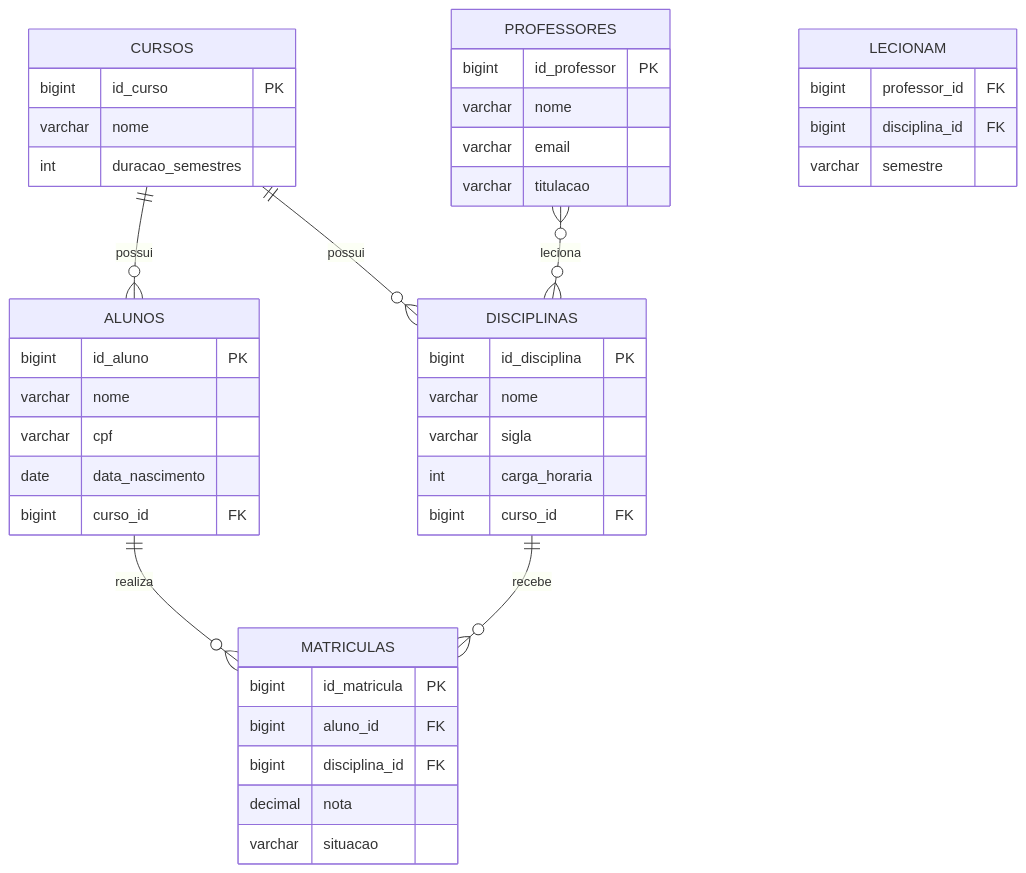
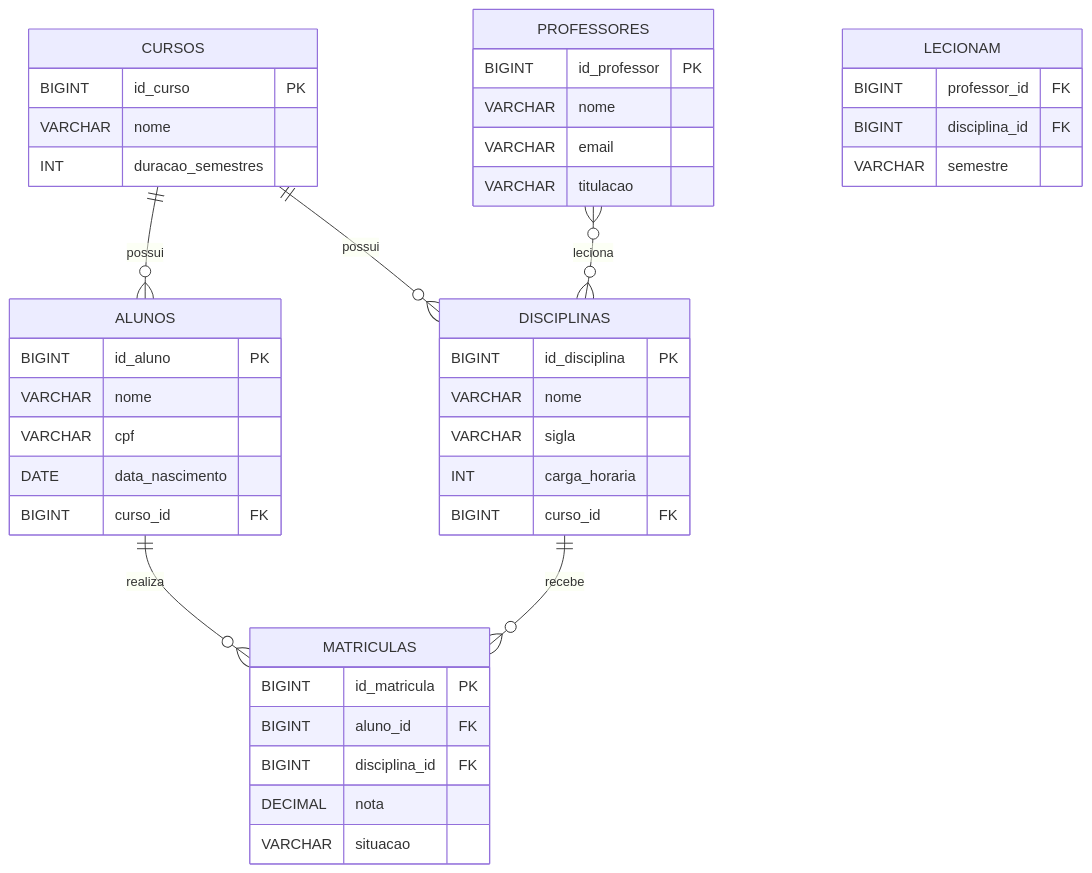
One commit to DSM-Fatec-Jahu/BDR-DSM-2026-2 changed the fifth of 20 diagrams in docs/aulas/Aula_01_Revisao_Modelagem_Conceitual.md. Above: the diagram before and after it, drawn with Mermaid. The commit also changed other lines of this file and 2 other files, not shown here.

First line of the commit message:
Padroniza tipos SQL em MAIÚSCULAS nos diagramas (Regra 3)

````diff
--- a/docs/aulas/Aula_01_Revisao_Modelagem_Conceitual.md
+++ b/docs/aulas/Aula_01_Revisao_Modelagem_Conceitual.md
@@ -249,51 +249,51 @@
 ```mermaid
 erDiagram
     CURSOS {
-        bigint id_curso PK
-        varchar nome
-        int duracao_semestres
+        BIGINT id_curso PK
+        VARCHAR nome
+        INT duracao_semestres
     }
 
     DISCIPLINAS {
-        bigint id_disciplina PK
-        varchar nome
-        varchar sigla
-        int carga_horaria
-        bigint curso_id FK
+        BIGINT id_disciplina PK
+        VARCHAR nome
+        VARCHAR sigla
+        INT carga_horaria
+        BIGINT curso_id FK
     }
 
     PROFESSORES {
-        bigint id_professor PK
-        varchar nome
-        varchar email
-        varchar titulacao
+        BIGINT id_professor PK
+        VARCHAR nome
+        VARCHAR email
+        VARCHAR titulacao
     }
 
     ALUNOS {
-        bigint id_aluno PK
-        varchar nome
-        varchar cpf
-        date data_nascimento
-        bigint curso_id FK
+        BIGINT id_aluno PK
+        VARCHAR nome
+        VARCHAR cpf
+        DATE data_nascimento
+        BIGINT curso_id FK
     }
 
     MATRICULAS {
-        bigint id_matricula PK
-        bigint aluno_id FK
-        bigint disciplina_id FK
-        decimal nota
-        varchar situacao
+        BIGINT id_matricula PK
+        BIGINT aluno_id FK
+        BIGINT disciplina_id FK
+        DECIMAL nota
+        VARCHAR situacao
     }
 
     LECIONAM {
-        bigint professor_id FK
-        bigint disciplina_id FK
-        varchar semestre
+        BIGINT professor_id FK
+        BIGINT disciplina_id FK
+        VARCHAR semestre
     }
 
     CURSOS ||--o{ DISCIPLINAS : "possui"
     CURSOS ||--o{ ALUNOS : "possui"
     ALUNOS ||--o{ MATRICULAS : "realiza"
     DISCIPLINAS ||--o{ MATRICULAS : "recebe"
     PROFESSORES }o--o{ DISCIPLINAS : "leciona"
 ```
````
